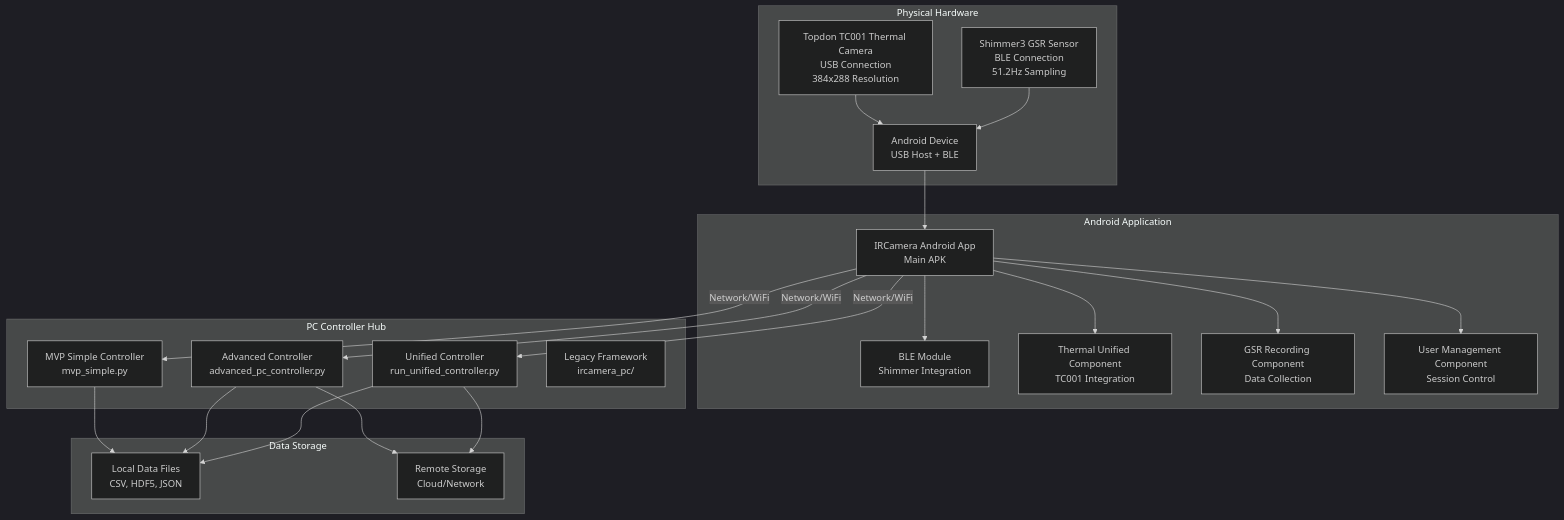
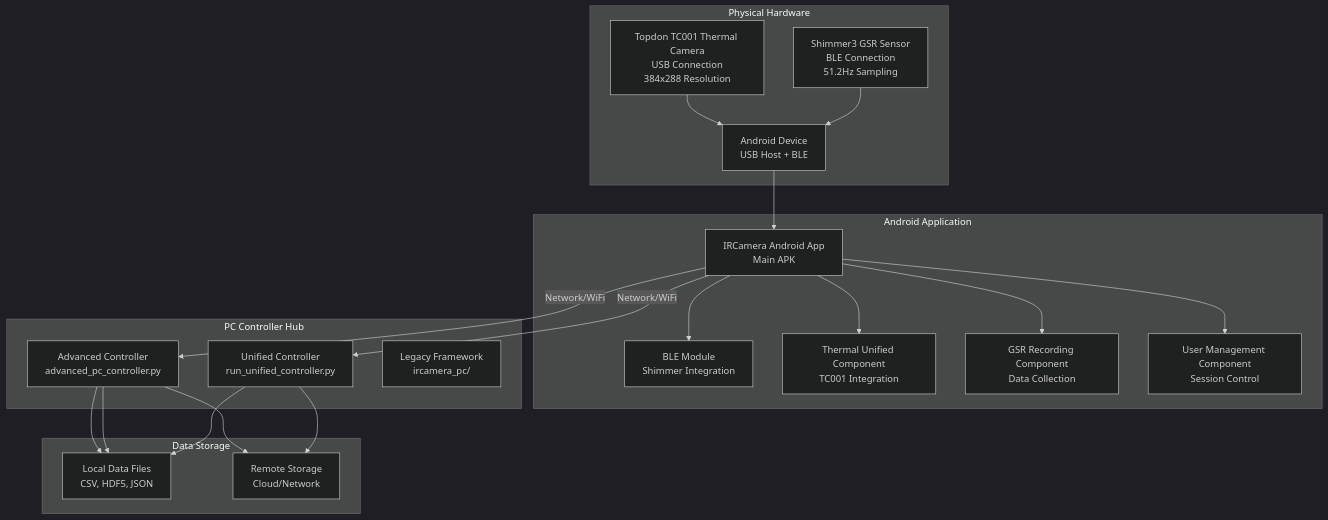
The first of 11 diagrams in docs/COMPREHENSIVE_ARCHITECTURE_DIAGRAMS.md (uclgsr/IRCamera), drawn with Mermaid (dark theme) before and after one commit. The commit also changed other lines of this file and 20 other files, not shown here.

````diff
--- a/docs/COMPREHENSIVE_ARCHITECTURE_DIAGRAMS.md
+++ b/docs/COMPREHENSIVE_ARCHITECTURE_DIAGRAMS.md
@@ -28,46 +28,44 @@
 ```mermaid
 graph TB
     subgraph "Physical Hardware"
         TC001[Topdon TC001 Thermal Camera<br/>USB Connection<br/>384x288 Resolution]
         Shimmer3[Shimmer3 GSR Sensor<br/>BLE Connection<br/>51.2Hz Sampling]
         AndroidDevice[Android Device<br/>USB Host + BLE]
     end
     
     subgraph "Android Application"
         MainApp[IRCamera Android App<br/>Main APK]
         BleModule[BLE Module<br/>Shimmer Integration]
         ThermalComponent[Thermal Unified Component<br/>TC001 Integration]
         GSRComponent[GSR Recording Component<br/>Data Collection]
         UserComponent[User Management Component<br/>Session Control]
     end
     
     subgraph "PC Controller Hub"
-        PCSimple[MVP Simple Controller<br/>mvp_simple.py]
         PCAdvanced[Advanced Controller<br/>advanced_pc_controller.py]
         UnifiedController[Unified Controller<br/>run_unified_controller.py]
         LegacyFramework[Legacy Framework<br/>ircamera_pc/]
     end
     
     subgraph "Data Storage"
         LocalFiles[Local Data Files<br/>CSV, HDF5, JSON]
         RemoteStorage[Remote Storage<br/>Cloud/Network]
     end
     
     TC001 --> AndroidDevice
     Shimmer3 --> AndroidDevice
     AndroidDevice --> MainApp
     MainApp --> BleModule
     MainApp --> ThermalComponent
     MainApp --> GSRComponent
     MainApp --> UserComponent
     
-    MainApp -->|Network/WiFi| PCSimple
     MainApp -->|Network/WiFi| PCAdvanced
     MainApp -->|Network/WiFi| UnifiedController
     
-    PCSimple --> LocalFiles
+    PCAdvanced --> LocalFiles
     PCAdvanced --> LocalFiles
     UnifiedController --> LocalFiles
     PCAdvanced --> RemoteStorage
     UnifiedController --> RemoteStorage
 ```
````
